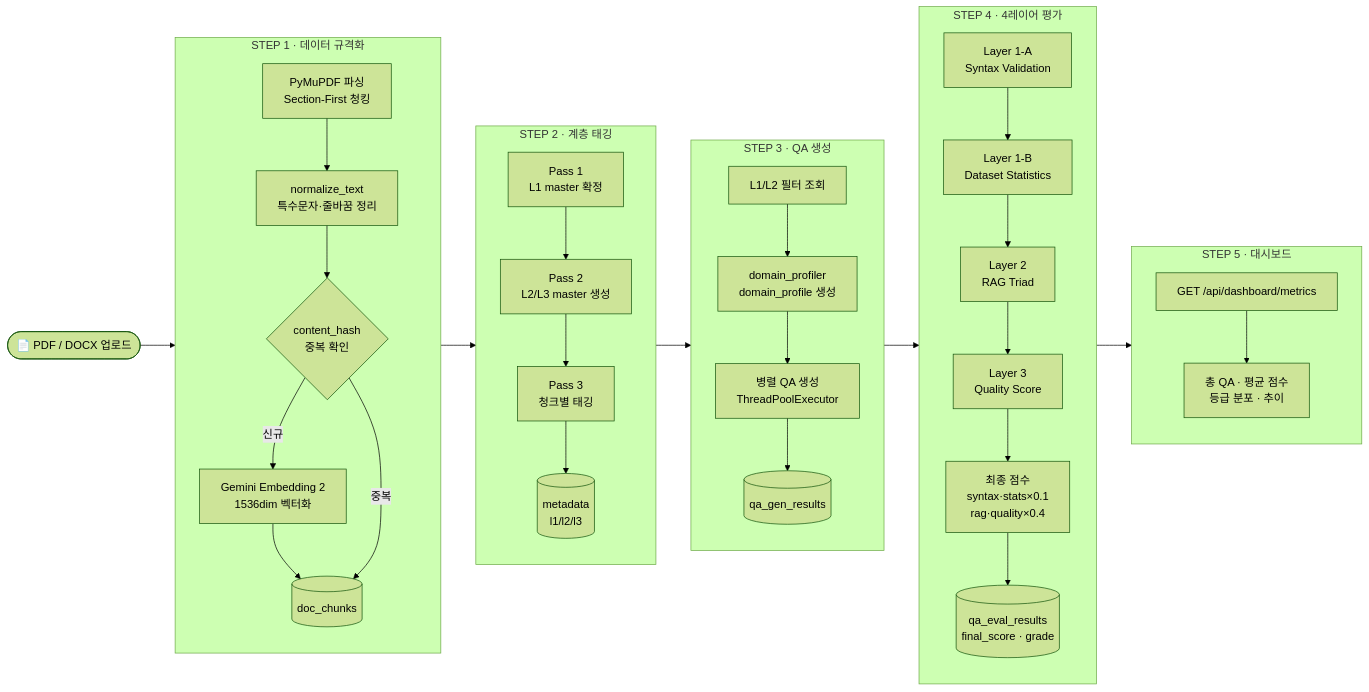
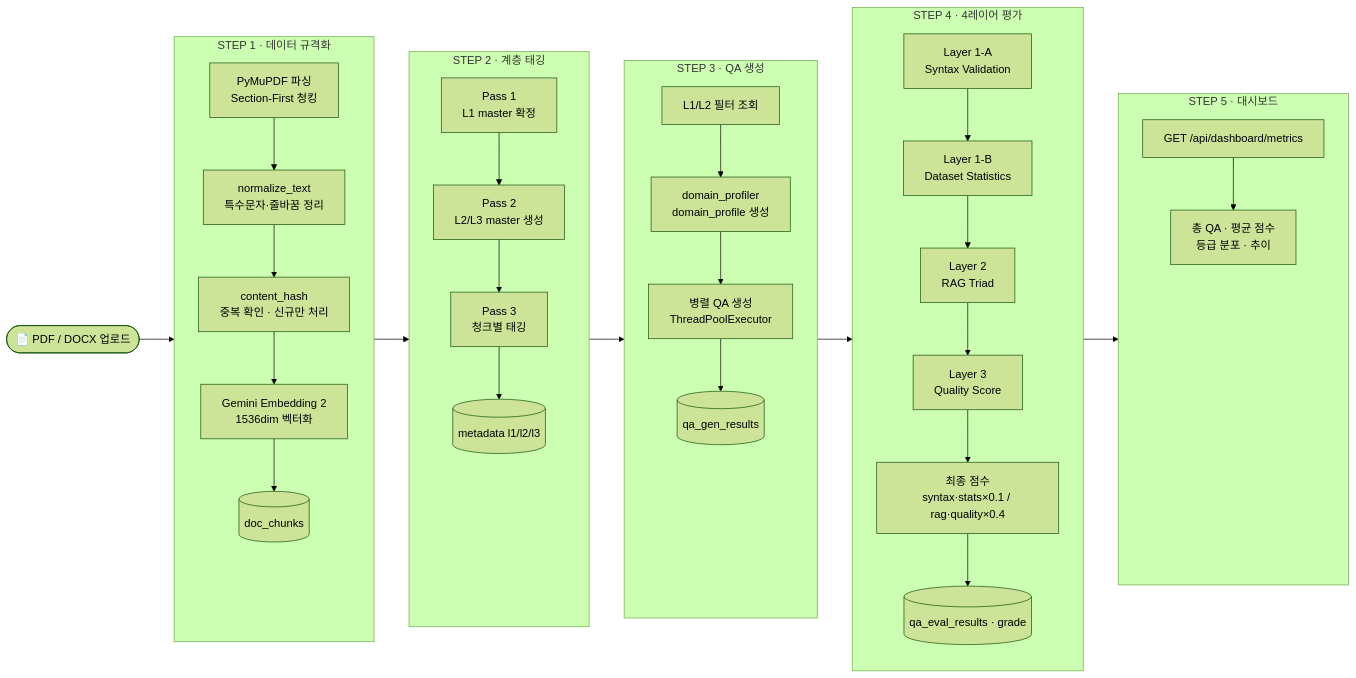
Before and after one commit to jpjp92/autoeval: the diagram in README.md, drawn with Mermaid (forest theme).

Commit message:
fix: 개선된 플로우차트로 데이터 처리 단계 및 메타데이터 설명 수정

````diff
--- a/README.md
+++ b/README.md
@@ -24,53 +24,71 @@
 ```mermaid
 flowchart LR
     UP([📄 PDF / DOCX 업로드])
 
     subgraph S1["STEP 1 · 데이터 규격화"]
         direction TB
         A1[PyMuPDF 파싱\nSection-First 청킹]
         A2[normalize_text\n특수문자·줄바꿈 정리]
-        A3{content_hash\n중복 확인}
+        A3[content_hash\n중복 확인 · 신규만 처리]
         A4[Gemini Embedding 2\n1536dim 벡터화]
         A5[(doc_chunks)]
-        A1 --> A2 --> A3 --신규--> A4 --> A5
-        A3 --중복--> A5
+        A6[ ]
+        A1 --> A2 --> A3 --> A4 --> A5 ~~~ A6
     end
 
     subgraph S2["STEP 2 · 계층 태깅"]
         direction TB
         B1[Pass 1\nL1 master 확정]
         B2[Pass 2\nL2/L3 master 생성]
         B3[Pass 3\n청크별 태깅]
-        B4[(metadata\nl1/l2/l3)]
-        B1 --> B2 --> B3 --> B4
+        B4[(metadata l1/l2/l3)]
+        B5[ ]
+        B6[ ]
+        B1 --> B2 --> B3 --> B4 ~~~ B5 ~~~ B6
     end
 
     subgraph S3["STEP 3 · QA 생성"]
         direction TB
         C1[L1/L2 필터 조회]
         C2[domain_profiler\ndomain_profile 생성]
         C3[병렬 QA 생성\nThreadPoolExecutor]
         C4[(qa_gen_results)]
-        C1 --> C2 --> C3 --> C4
+        C5[ ]
+        C6[ ]
+        C1 --> C2 --> C3 --> C4 ~~~ C5 ~~~ C6
     end
 
     subgraph S4["STEP 4 · 4레이어 평가"]
         direction TB
         D1[Layer 1-A\nSyntax Validation]
         D2[Layer 1-B\nDataset Statistics]
         D3[Layer 2\nRAG Triad]
         D4[Layer 3\nQuality Score]
-        D5[최종 점수\nsyntax·stats×0.1\nrag·quality×0.4]
-        D6[(qa_eval_results\nfinal_score · grade)]
+        D5[최종 점수\nsyntax·stats×0.1 / rag·quality×0.4]
+        D6[(qa_eval_results · grade)]
         D1 --> D2 --> D3 --> D4 --> D5 --> D6
     end
 
     subgraph S5["STEP 5 · 대시보드"]
         direction TB
         E1[GET /api/dashboard/metrics]
         E2[총 QA · 평균 점수\n등급 분포 · 추이]
-        E1 --> E2
+        E3[ ]
+        E4[ ]
+        E5[ ]
+        E6[ ]
+        E1 --> E2 ~~~ E3 ~~~ E4 ~~~ E5 ~~~ E6
     end
 
     UP --> S1 --> S2 --> S3 --> S4 --> S5
+
+    style A6 fill:none,stroke:none,color:transparent
+    style B5 fill:none,stroke:none,color:transparent
+    style B6 fill:none,stroke:none,color:transparent
+    style C5 fill:none,stroke:none,color:transparent
+    style C6 fill:none,stroke:none,color:transparent
+    style E3 fill:none,stroke:none,color:transparent
+    style E4 fill:none,stroke:none,color:transparent
+    style E5 fill:none,stroke:none,color:transparent
+    style E6 fill:none,stroke:none,color:transparent
 ```
````
